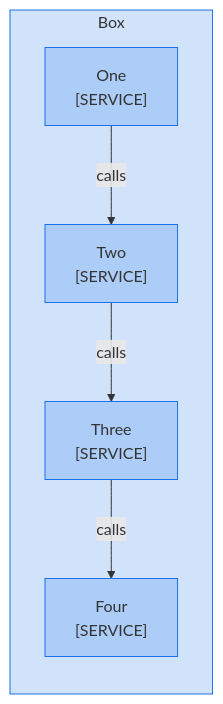
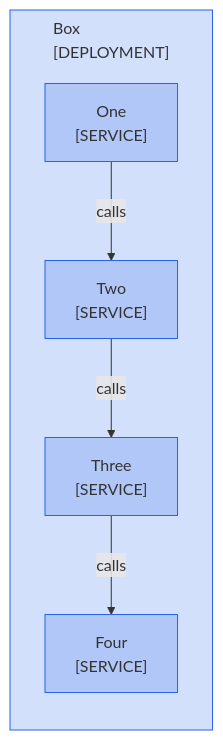
Before and after one commit to choonchernlim/skills: the fourth of 21 diagrams in skills/docsmith/scripts/fixtures/bad/mmd-color-rules.md, drawn with Mermaid. The commit also changed other lines of this file and 127 other files, not shown here.

````diff
--- a/skills/docsmith/scripts/fixtures/bad/mmd-color-rules.md
+++ b/skills/docsmith/scripts/fixtures/bad/mmd-color-rules.md
@@ -86,15 +68,16 @@
 ```mermaid
 graph TD
-  subgraph Box["Box"]
+  %%{init: {"themeCSS": ".cluster-label, .cluster-label div, .cluster-label span, .cluster-label p { text-align: center !important; }", "flowchart": {"curve": "rounded", "subGraphTitleMargin": {"top": 6, "bottom": 30}}}}%%
+  subgraph Box["Box<br/>[DEPLOYMENT]"]
     direction TB
   One["One<br/>[SERVICE]"]
   Two["Two<br/>[SERVICE]"]
   Three["Three<br/>[SERVICE]"]
   Four["Four<br/>[SERVICE]"]
   end
   One -->|"calls"| Two
   Two -->|"calls"| Three
   Three -->|"calls"| Four
   class Box,One,Two,Three,Four own
-  classDef own fill:#1a73e833,stroke:#1a73e8
+  classDef own fill:#2563eb33,stroke:#2563eb
 ```
````
